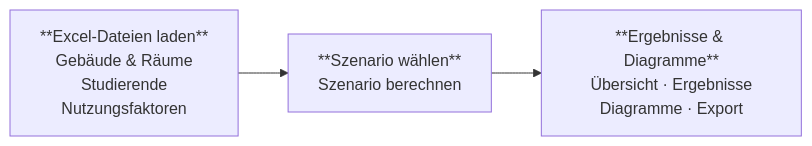
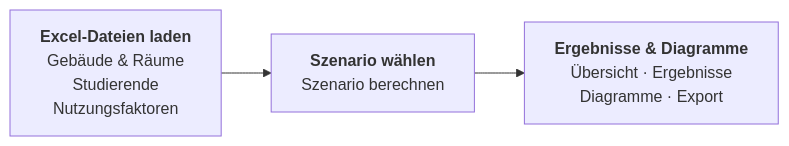
Before and after one commit to ebp-group/225310-raumprognose-tool: the diagram in docs/index.md, drawn with Mermaid.

Commit message:
Update formatting in flowchart for better visibility

````diff
--- a/docs/index.md
+++ b/docs/index.md
@@ -11,5 +11,5 @@
 ```mermaid
 flowchart LR
-    A["**Excel-Dateien laden**\nGebäude & Räume\nStudierende\nNutzungsfaktoren"] --> B["**Szenario wählen**\nSzenario berechnen"]
-    B --> C["**Ergebnisse & Diagramme**\nÜbersicht · Ergebnisse\nDiagramme · Export"]
+    A["<b>Excel-Dateien laden</b>\nGebäude & Räume\nStudierende\nNutzungsfaktoren"] --> B["<b>Szenario wählen</b>\nSzenario berechnen"]
+    B --> C["<b>Ergebnisse & Diagramme</b>\nÜbersicht · Ergebnisse\nDiagramme · Export"]
 ```
````
